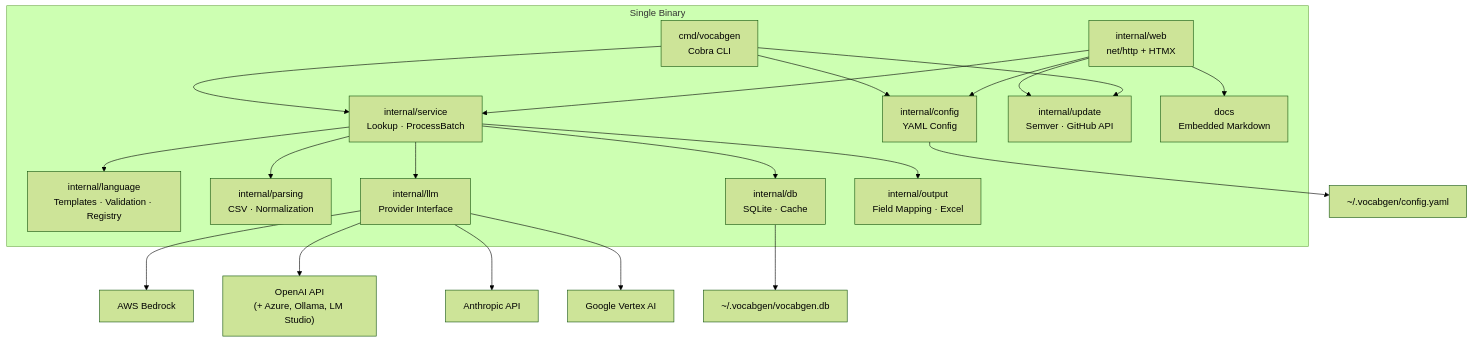
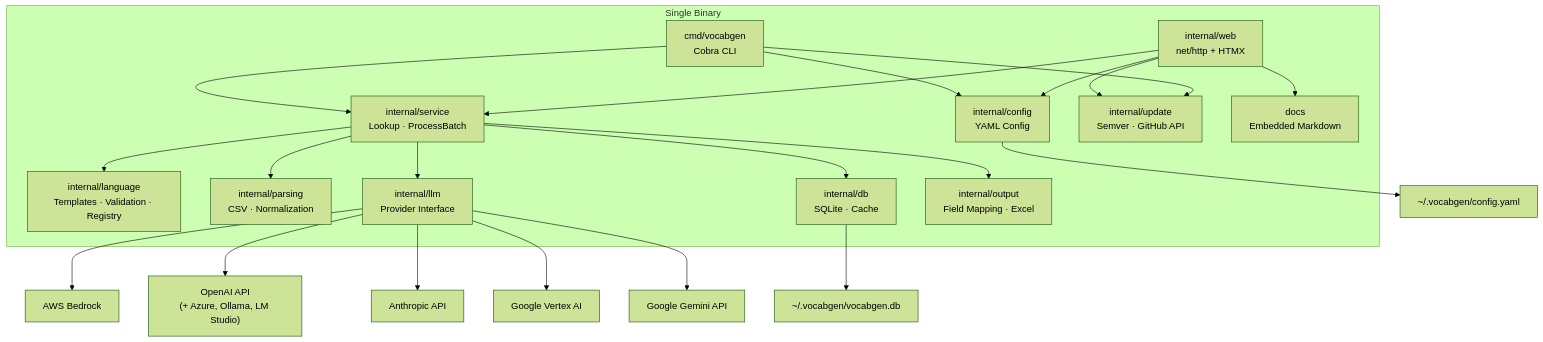
One commit to npozs77/VocabGen changed the first of 4 diagrams in docs/architecture.md. Above: the diagram before and after it, drawn with Mermaid (forest theme). The commit also changed other lines of this file and 12 other files, not shown here.

Commit message:
feat: add Google Gemini API provider (changelog)

````diff
--- a/docs/architecture.md
+++ b/docs/architecture.md
@@ -21,35 +21,36 @@
 ```mermaid
 graph TB
     subgraph "Single Binary"
         CLI["cmd/vocabgen<br/>Cobra CLI"]
         WEB["internal/web<br/>net/http + HTMX"]
         SVC["internal/service<br/>Lookup · ProcessBatch"]
         LANG["internal/language<br/>Templates · Validation · Registry"]
         PARSE["internal/parsing<br/>CSV · Normalization"]
         LLM["internal/llm<br/>Provider Interface"]
         DB["internal/db<br/>SQLite · Cache"]
         CFG["internal/config<br/>YAML Config"]
         OUT["internal/output<br/>Field Mapping · Excel"]
         UPD["internal/update<br/>Semver · GitHub API"]
         DOCS["docs<br/>Embedded Markdown"]
     end
 
     CLI --> SVC
     WEB --> SVC
     SVC --> LANG
     SVC --> LLM
     SVC --> DB
     SVC --> PARSE
     SVC --> OUT
     LLM --> BEDROCK["AWS Bedrock"]
     LLM --> OPENAI["OpenAI API<br/>(+ Azure, Ollama, LM Studio)"]
     LLM --> ANTHROPIC["Anthropic API"]
     LLM --> VERTEXAI["Google Vertex AI"]
+    LLM --> GEMINI["Google Gemini API"]
     CLI --> CFG
     WEB --> CFG
     WEB --> DOCS
     WEB --> UPD
     CLI --> UPD
     DB --> SQLITE["~/.vocabgen/vocabgen.db"]
     CFG --> YAML["~/.vocabgen/config.yaml"]
 ```
````
